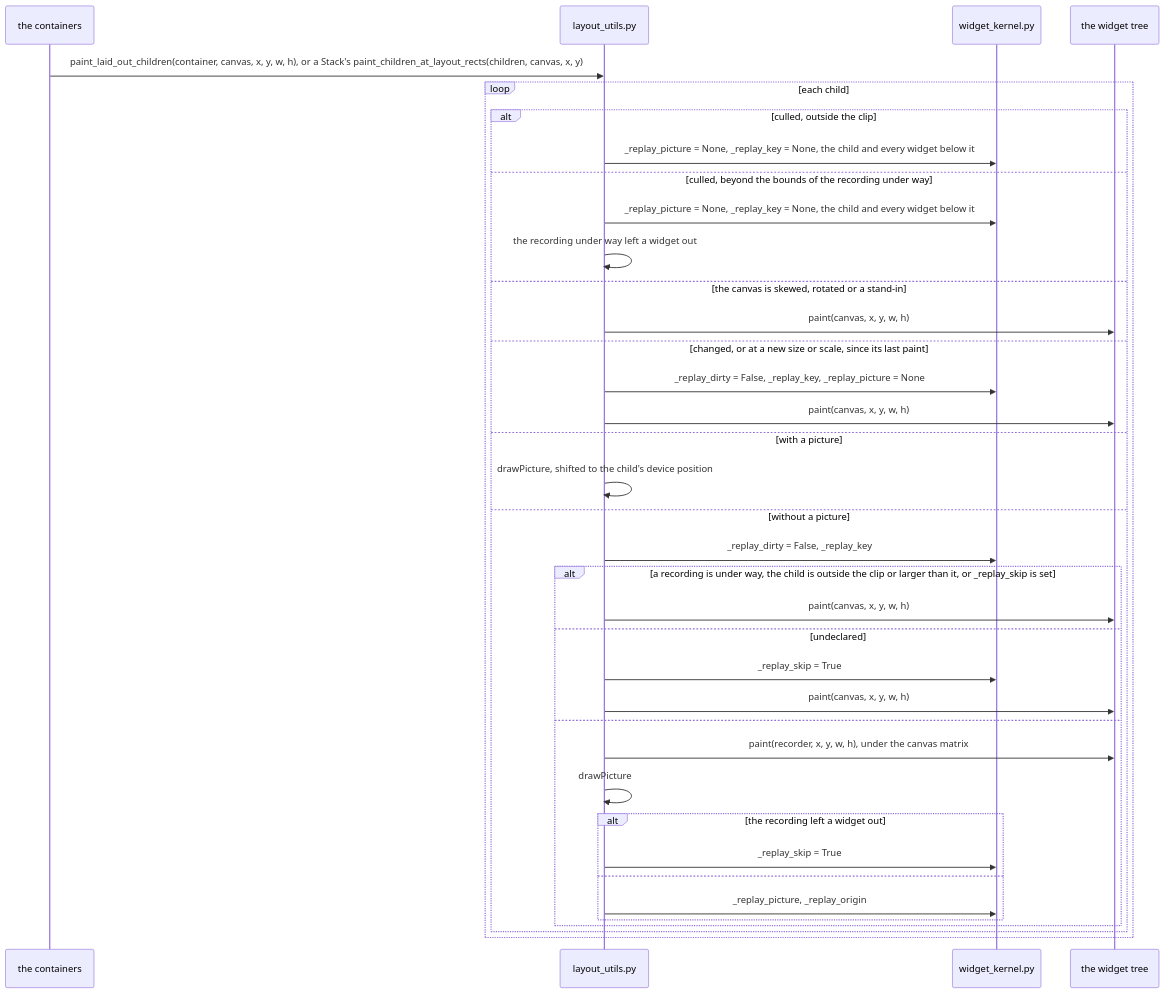
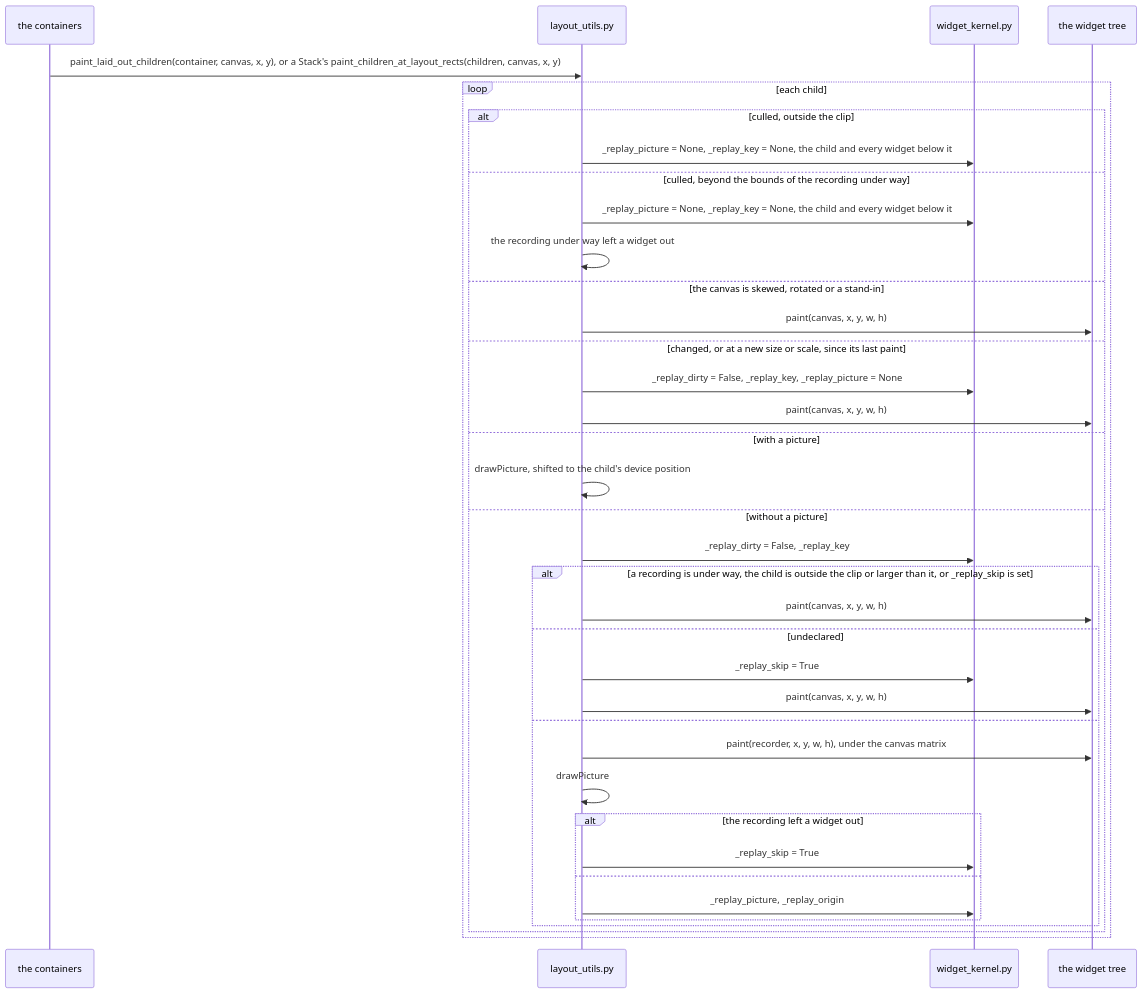
Before and after one commit to yuksblog/nuiitivet: the sixth of 6 diagrams in docs/design/PAINT_CACHE.md, drawn with Mermaid. The commit also changed other lines of this file and 36 other files, not shown here.

First line of the commit message:
refactor(layout): a paint lays nothing out

````diff
--- a/docs/design/PAINT_CACHE.md
+++ b/docs/design/PAINT_CACHE.md
@@ -186,40 +186,40 @@
 ```mermaid
 sequenceDiagram
     participant C as the containers
     participant U as layout_utils.py
     participant K as widget_kernel.py
     participant T as the widget tree
 
-    C->>U: paint_laid_out_children(container, canvas, x, y, w, h), or a Stack's paint_children_at_layout_rects(children, canvas, x, y)
+    C->>U: paint_laid_out_children(container, canvas, x, y), or a Stack's paint_children_at_layout_rects(children, canvas, x, y)
     loop each child
         alt culled, outside the clip
             U->>K: _replay_picture = None, _replay_key = None, the child and every widget below it
         else culled, beyond the bounds of the recording under way
             U->>K: _replay_picture = None, _replay_key = None, the child and every widget below it
             U->>U: the recording under way left a widget out
         else the canvas is skewed, rotated or a stand-in
             U->>T: paint(canvas, x, y, w, h)
         else changed, or at a new size or scale, since its last paint
             U->>K: _replay_dirty = False, _replay_key, _replay_picture = None
             U->>T: paint(canvas, x, y, w, h)
         else with a picture
             U->>U: drawPicture, shifted to the child's device position
         else without a picture
             U->>K: _replay_dirty = False, _replay_key
             alt a recording is under way, the child is outside the clip or larger than it, or _replay_skip is set
                 U->>T: paint(canvas, x, y, w, h)
             else undeclared
                 U->>K: _replay_skip = True
                 U->>T: paint(canvas, x, y, w, h)
             else
                 U->>T: paint(recorder, x, y, w, h), under the canvas matrix
                 U->>U: drawPicture
                 alt the recording left a widget out
                     U->>K: _replay_skip = True
                 else
                     U->>K: _replay_picture, _replay_origin
                 end
             end
         end
     end
 ```
````
